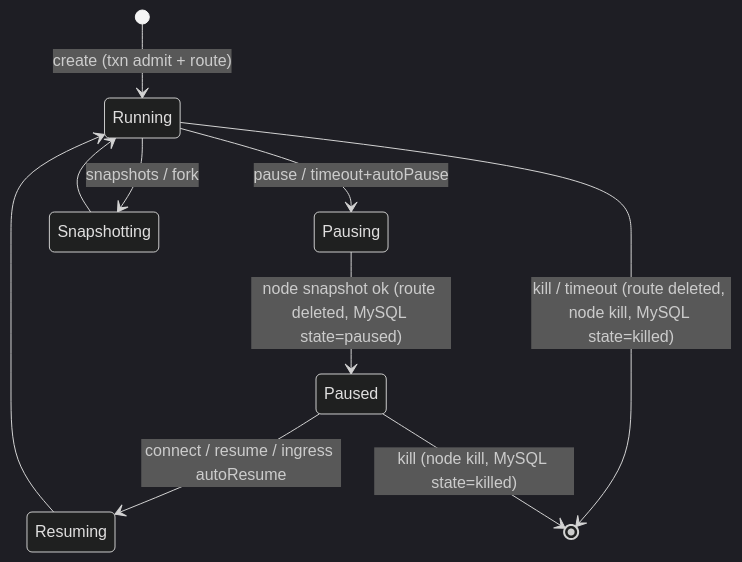
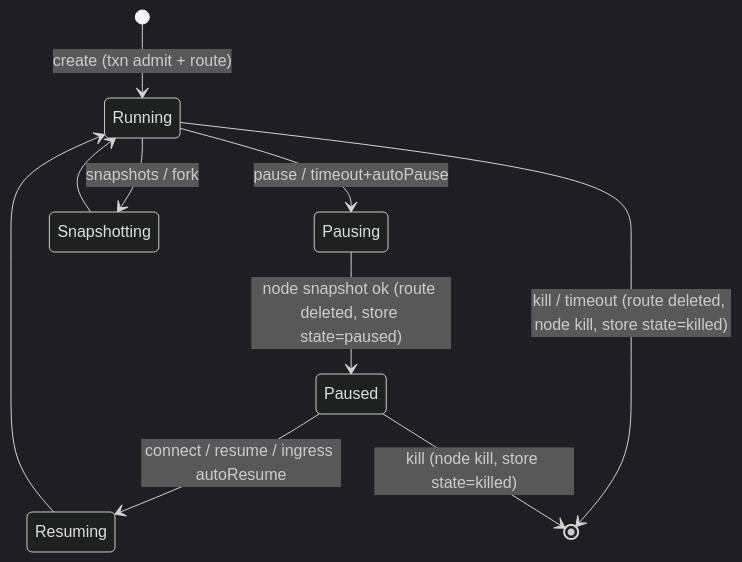
The second of 2 diagrams in ARCHITECTURE.md (stencil-hq/vibemon), drawn with Mermaid (dark theme) before and after one commit. The commit also changed other lines of this file and 98 other files, not shown here.

````diff
--- a/ARCHITECTURE.md
+++ b/ARCHITECTURE.md
@@ -994,12 +1092,12 @@
 ```mermaid
 stateDiagram-v2
   [*] --> Running: create (txn admit + route)
   Running --> Pausing: pause / timeout+autoPause
-  Pausing --> Paused: node snapshot ok (route deleted, MySQL state=paused)
+  Pausing --> Paused: node snapshot ok (route deleted, store state=paused)
   Paused --> Resuming: connect / resume / ingress autoResume
   Resuming --> Running
-  Running --> [*]: kill / timeout (route deleted, node kill, MySQL state=killed)
-  Paused --> [*]: kill (node kill, MySQL state=killed)
+  Running --> [*]: kill / timeout (route deleted, node kill, store state=killed)
+  Paused --> [*]: kill (node kill, store state=killed)
   Running --> Snapshotting: snapshots / fork
   Snapshotting --> Running
 ```
````
